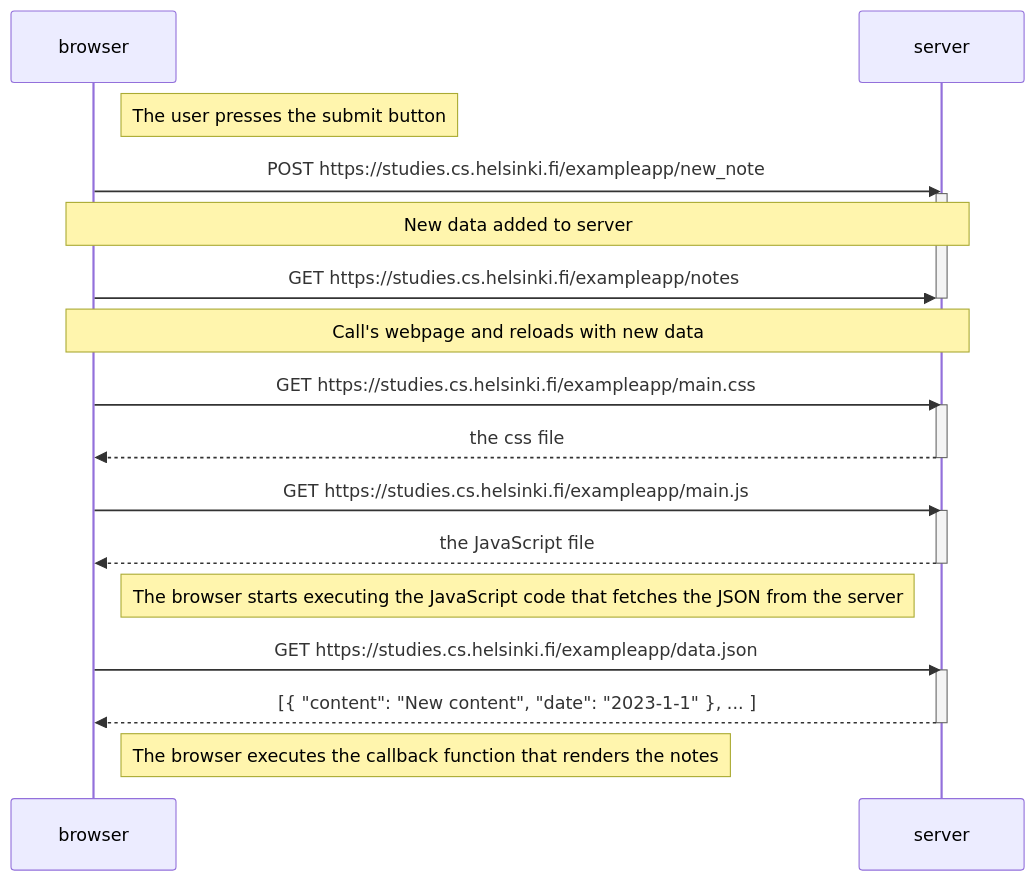
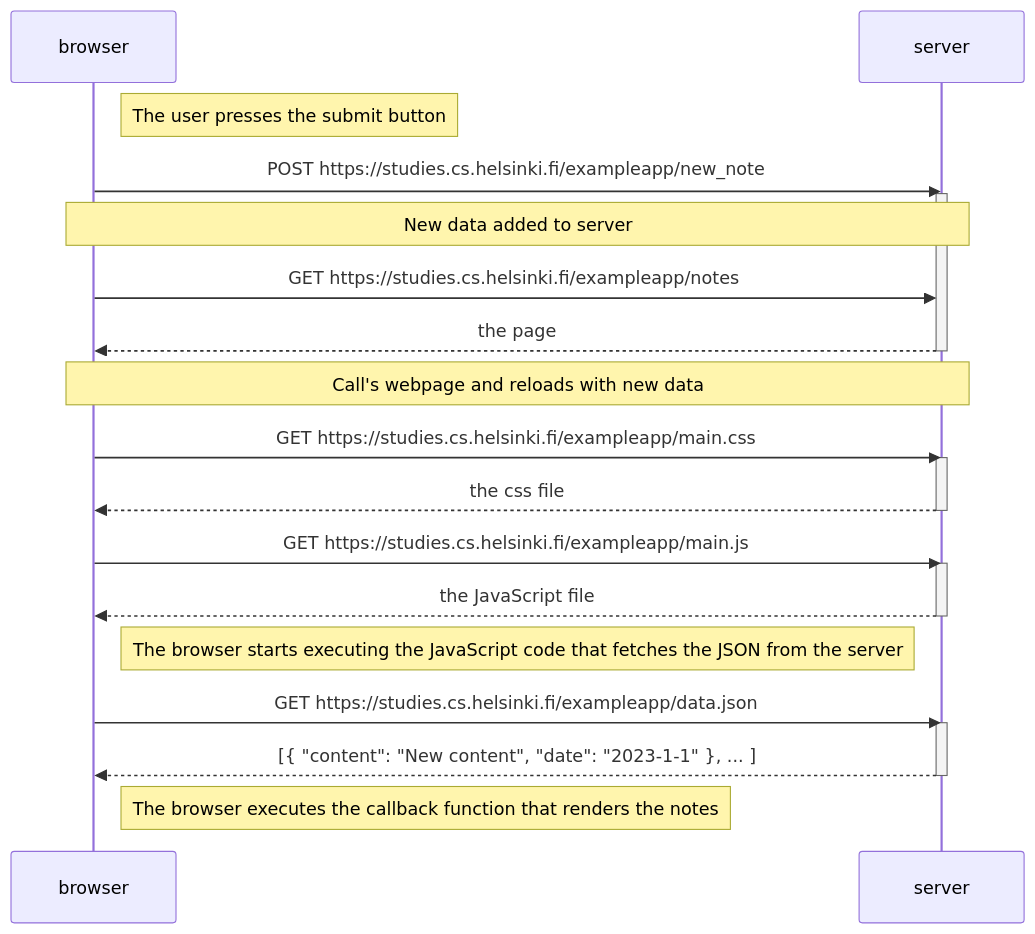
The diagram in part04.markdown (Juwd/fullstackopen), drawn with Mermaid before and after one commit.

````diff
--- a/part04.markdown
+++ b/part04.markdown
@@ -2,33 +2,34 @@
 ```mermaid
 sequenceDiagram
     participant browser
     participant server
 
     Note right of browser: The user presses the submit button
     browser->>server: POST https://studies.cs.helsinki.fi/exampleapp/new_note
     activate server
     Note over server,browser: New data added to server
     browser->>server: GET https://studies.cs.helsinki.fi/exampleapp/notes
+    server-->>browser: the page
     deactivate server
     Note over server,browser: Call's webpage and reloads with new data
     
     
     browser->>server: GET https://studies.cs.helsinki.fi/exampleapp/main.css
     activate server
     server-->>browser: the css file
     deactivate server
 
     browser->>server: GET https://studies.cs.helsinki.fi/exampleapp/main.js
     activate server
     server-->>browser: the JavaScript file
     deactivate server
 
     Note right of browser: The browser starts executing the JavaScript code that fetches the JSON from the server
 
     browser->>server: GET https://studies.cs.helsinki.fi/exampleapp/data.json
     activate server
     server-->>browser: [{ "content": "New content", "date": "2023-1-1" }, ... ]
     deactivate server
 
     Note right of browser: The browser executes the callback function that renders the notes
 ```
````
